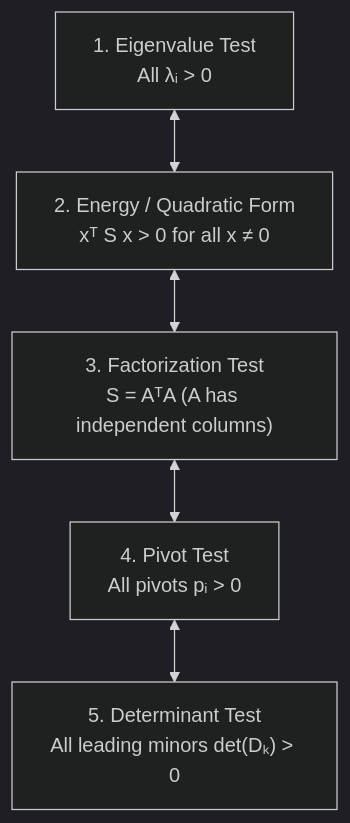
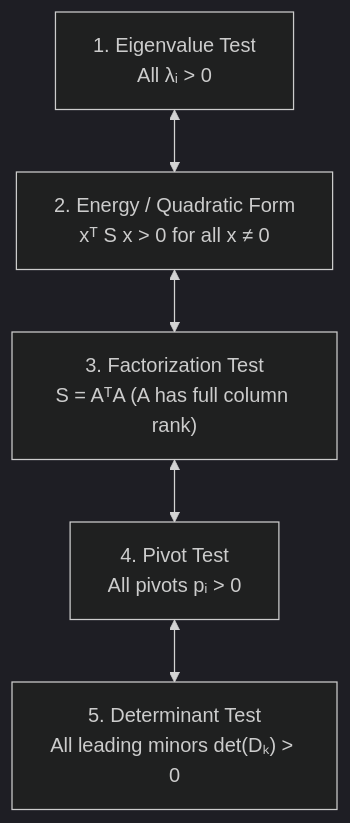
Before and after one commit to iusecookies64/notes: the diagram in content/Mathematics/Linear Algebra (Strang)/06. Eigen Values and Eigen Vectors.md, drawn with Mermaid (dark theme). The commit also changed other lines of this file and 25 other files, not shown here.

````diff
--- a/content/Mathematics/Linear Algebra (Strang)/06. Eigen Values and Eigen Vectors.md
+++ b/content/Mathematics/Linear Algebra (Strang)/06. Eigen Values and Eigen Vectors.md
@@ -868,7 +1420,7 @@
 ```mermaid
 graph TD
     T1["1. Eigenvalue Test<br>All λᵢ > 0"] <--> T2["2. Energy / Quadratic Form<br>xᵀ S x > 0 for all x ≠ 0"]
-    T2 <--> T3["3. Factorization Test<br>S = AᵀA (A has independent columns)"]
+    T2 <--> T3["3. Factorization Test<br>S = AᵀA (A has full column rank)"]
     T3 <--> T4["4. Pivot Test<br>All pivots pᵢ > 0"]
     T4 <--> T5["5. Determinant Test<br>All leading minors det(Dₖ) > 0"]
 ```
````
